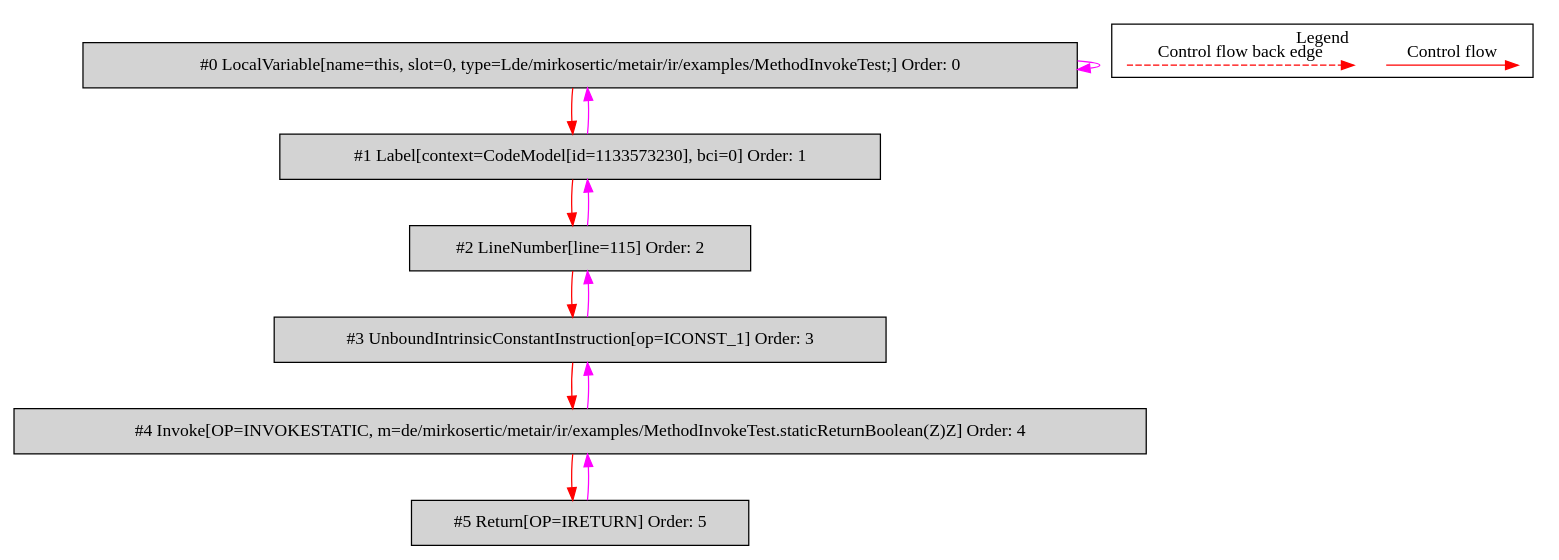
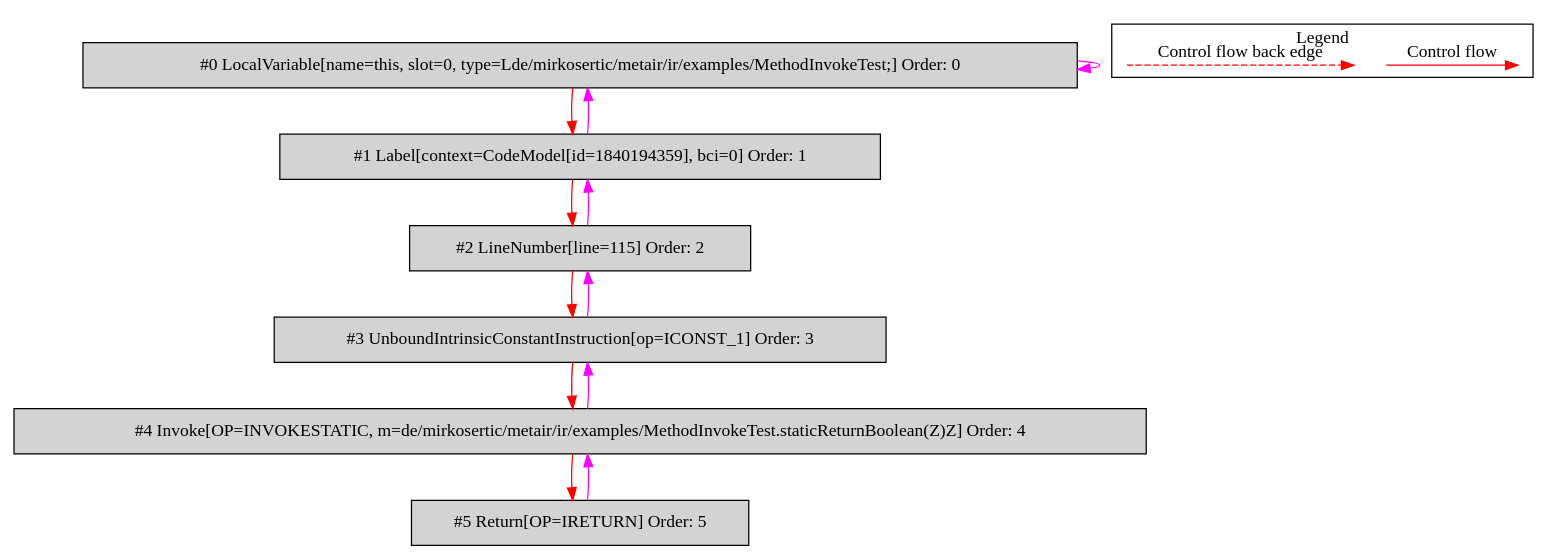
The diagram in de.mirkosertic.metair.ir.examples.MethodInvokeTest/returnBoolean/bytecodecfg.dot (mirkosertic/MetaIR), drawn with Graphviz before and after one commit. The commit also changed 519 other files, not shown here.

```diff
--- a/de.mirkosertic.metair.ir.examples.MethodInvokeTest/returnBoolean/bytecodecfg.dot
+++ b/de.mirkosertic.metair.ir.examples.MethodInvokeTest/returnBoolean/bytecodecfg.dot
@@ -1,34 +1,34 @@
 digraph {
  ordering="in";
  node0[label="#0 LocalVariable[name=this, slot=0, type=Lde/mirkosertic/metair/ir/examples/MethodInvokeTest;] Order: 0", shape=box, fillcolor=lightgrey, style=filled];
- node1[label="#1 Label[context=CodeModel[id=1133573230], bci=0] Order: 1", shape=box, fillcolor=lightgrey, style=filled];
+ node1[label="#1 Label[context=CodeModel[id=1840194359], bci=0] Order: 1", shape=box, fillcolor=lightgrey, style=filled];
  node2[label="#2 LineNumber[line=115] Order: 2", shape=box, fillcolor=lightgrey, style=filled];
  node3[label="#3 UnboundIntrinsicConstantInstruction[op=ICONST_1] Order: 3", shape=box, fillcolor=lightgrey, style=filled];
  node4[label="#4 Invoke[OP=INVOKESTATIC, m=de/mirkosertic/metair/ir/examples/MethodInvokeTest.staticReturnBoolean(Z)Z] Order: 4", shape=box, fillcolor=lightgrey, style=filled];
  node5[label="#5 Return[OP=IRETURN] Order: 5", shape=box, fillcolor=lightgrey, style=filled];
  node0 -> node0[color=fuchsia];
  node0 -> node1[color=red];
  node1 -> node0[color=fuchsia];
  node1 -> node2[color=red];
  node2 -> node1[color=fuchsia];
  node2 -> node3[color=red];
  node3 -> node2[color=fuchsia];
  node3 -> node4[color=red];
  node4 -> node3[color=fuchsia];
  node4 -> node5[color=red];
  node5 -> node4[color=fuchsia];
  subgraph cluster_000 {
   label = "Legend";
   node [shape=point]
   {
    rank=same;
    c0 [style = invis];
    c1 [style = invis];
    c2 [style = invis];
    c3 [style = invis];
   }
   c0 -> c1 [label="Control flow", style=solid, color=red]
   c2 -> c3 [label="Control flow back edge", style=dashed, color=red]
  }
 
 }
```
